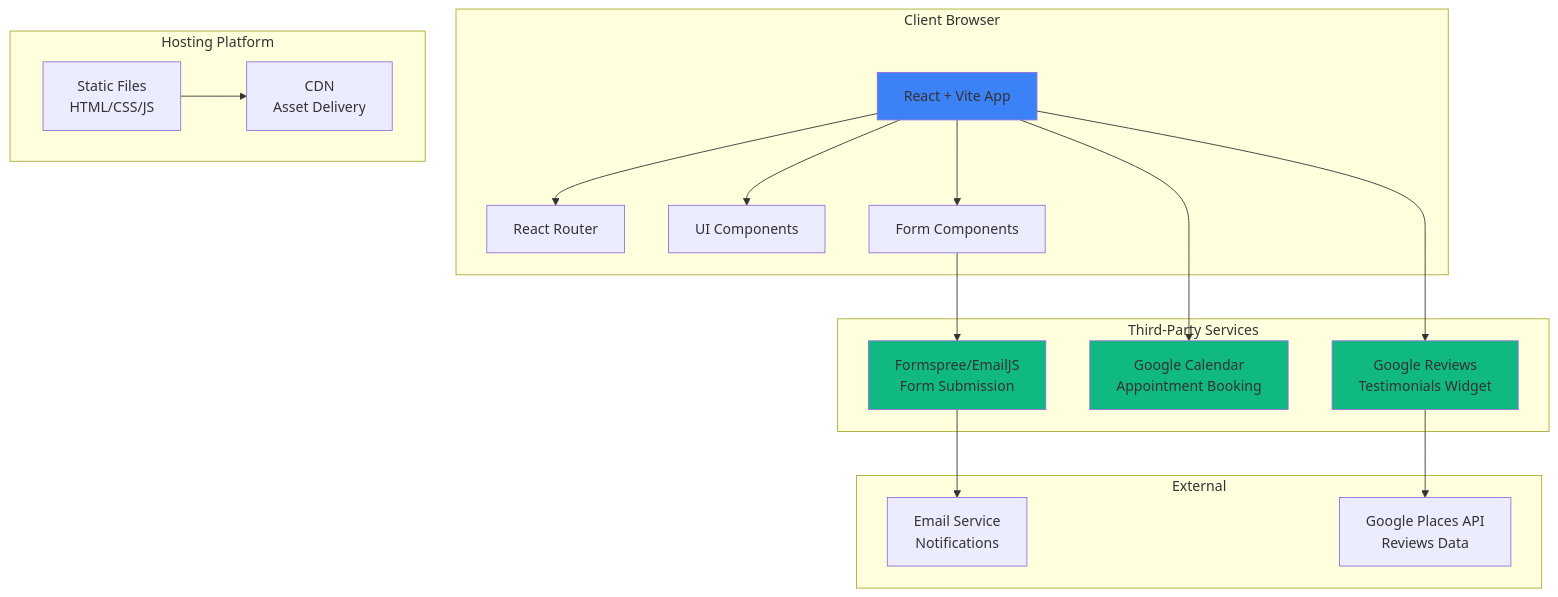
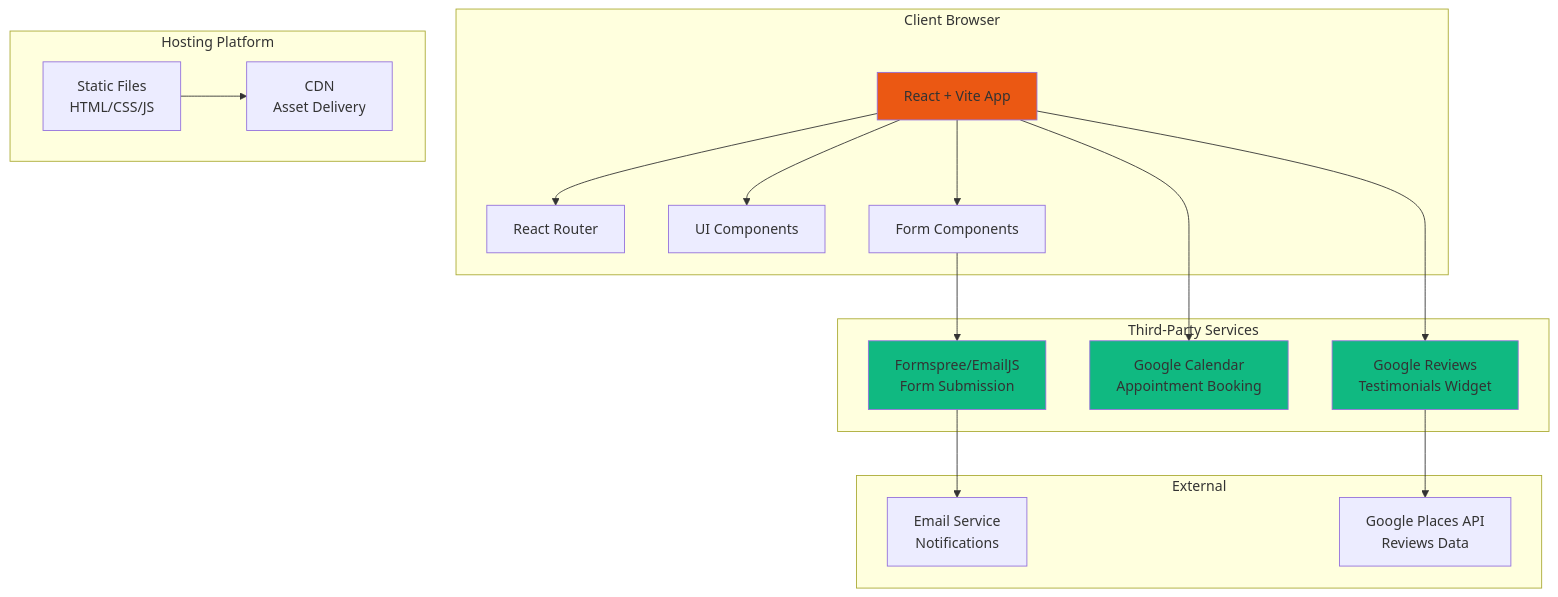
One commit to VictoriaLauri/slmortgages changed the diagram in docs/prd.md. Above: the diagram before and after it, drawn with Mermaid. The commit also changed other lines of this file and 12 other files, not shown here.

````diff
--- a/docs/prd.md
+++ b/docs/prd.md
@@ -1148,40 +1148,40 @@
 ```mermaid
 graph TB
     subgraph "Client Browser"
         A[React + Vite App]
         B[React Router]
         C[UI Components]
         D[Form Components]
     end
 
     subgraph "Third-Party Services"
         E[Formspree/EmailJS<br/>Form Submission]
         F[Google Calendar<br/>Appointment Booking]
         G[Google Reviews<br/>Testimonials Widget]
     end
 
     subgraph "Hosting Platform"
         H[Static Files<br/>HTML/CSS/JS]
         I[CDN<br/>Asset Delivery]
     end
 
     subgraph "External"
         J[Email Service<br/>Notifications]
         K[Google Places API<br/>Reviews Data]
     end
 
     A --> B
     A --> C
     A --> D
     D --> E
     A --> F
     A --> G
     H --> I
     E --> J
     G --> K
 
-    style A fill:#3b82f6
+    style A fill:#eb5813
     style E fill:#10b981
     style F fill:#10b981
     style G fill:#10b981
 ```
````
